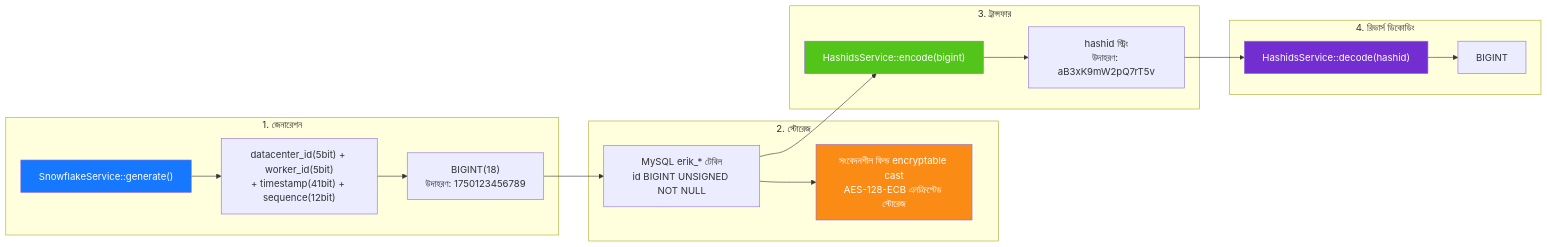
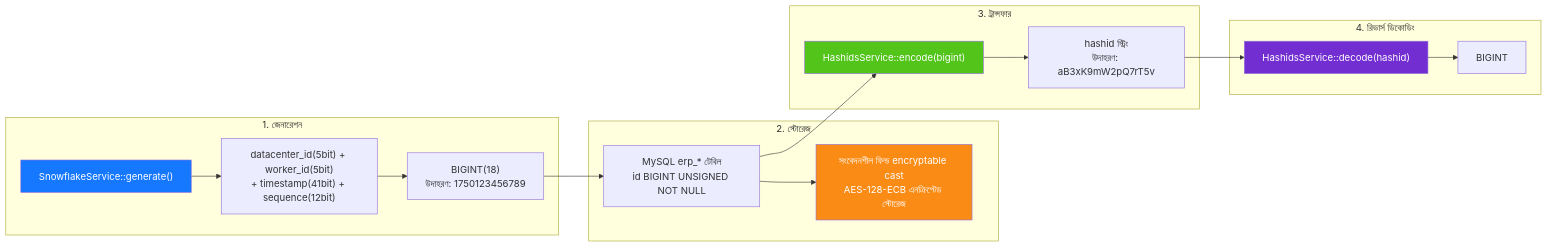
Before and after one commit to erikwang2013/erp-php: the diagram in docs/i18n/bn/diagrams/06-id-lifecycle.md, drawn with Mermaid. The commit also changed 449 other files, not shown here.

First line of the commit message:
全局命名统一：数据库 erp、表前缀 erp_、Redis 前缀 erp:（原 erik_/open_admin）

````diff
--- a/docs/i18n/bn/diagrams/06-id-lifecycle.md
+++ b/docs/i18n/bn/diagrams/06-id-lifecycle.md
@@ -3,32 +3,32 @@
 ```mermaid
 flowchart LR
     subgraph gen["1. জেনারেশন"]
         g1["SnowflakeService::generate()"]
         g2["datacenter_id(5bit) + worker_id(5bit)<br/>+ timestamp(41bit) + sequence(12bit)"]
         g3["BIGINT(18)<br/>উদাহরণ: 1750123456789"]
         g1 --> g2 --> g3
     end
 
     subgraph store["2. স্টোরেজ"]
-        s1["MySQL erik_* টেবিল<br/>id BIGINT UNSIGNED NOT NULL"]
+        s1["MySQL erp_* টেবিল<br/>id BIGINT UNSIGNED NOT NULL"]
         s2["সংবেদনশীল ফিল্ড encryptable cast<br/>AES-128-ECB এনক্রিপ্টেড স্টোরেজ"]
         g3 --> s1 --> s2
     end
 
     subgraph transfer["3. ট্রান্সফার"]
         t1["HashidsService::encode(bigint)"]
         t2["hashid স্ট্রিং<br/>উদাহরণ: aB3xK9mW2pQ7rT5v"]
         s1 --> t1 --> t2
     end
 
     subgraph reverse["4. রিভার্স ডিকোডিং"]
         r1["HashidsService::decode(hashid)"]
         r2["BIGINT"]
         t2 --> r1 --> r2
     end
 
     style g1 fill:#1677FF,color:#fff
     style s2 fill:#FA8C16,color:#fff
     style t1 fill:#52C41A,color:#fff
     style r1 fill:#722ED1,color:#fff
 ```
````
